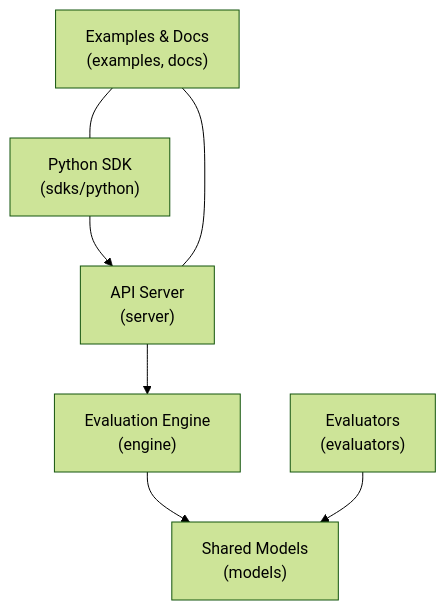
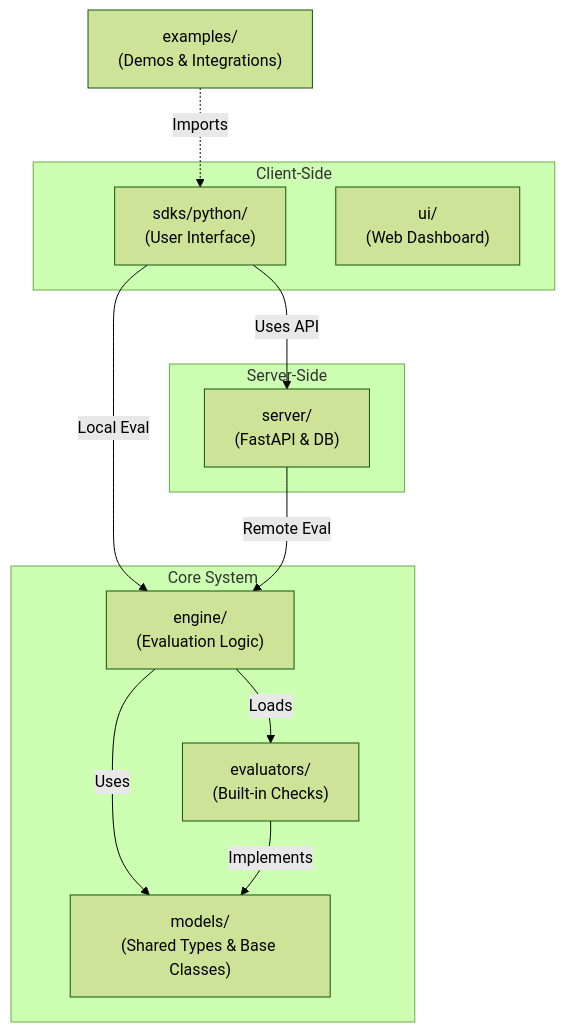
One commit to agentcontrol/agent-control changed the diagram in CONTRIBUTING.md. Above: the diagram before and after it, drawn with Mermaid (forest theme). The commit also changed other lines of this file, not shown here.

````diff
--- a/CONTRIBUTING.md
+++ b/CONTRIBUTING.md
@@ -446,16 +508,29 @@
 ```mermaid
-flowchart TB
-    SDK["Python SDK<br/>(sdks/python)"]
-    Server["API Server<br/>(server)"]
-    Engine["Evaluation Engine<br/>(engine)"]
-    Models["Shared Models<br/>(models)"]
-    Evaluators["Evaluators<br/>(evaluators)"]
-    Examples["Examples & Docs<br/>(examples, docs)"]
+graph TD
+    subgraph "Core System"
+        Models["models/<br>(Shared Types & Base Classes)"]
+        Engine["engine/<br>(Evaluation Logic)"]
+        Evaluators["evaluators/<br>(Built-in Checks)"]
+    end
 
-    SDK --> Server
-    Server --> Engine
-    Engine --> Models
-    Evaluators --> Models
-    Examples --- SDK
-    Examples --- Server
+    subgraph "Server-Side"
+        Server["server/<br>(FastAPI & DB)"]
+    end
+
+    subgraph "Client-Side"
+        SDK["sdks/python/<br>(User Interface)"]
+        UI["ui/<br>(Web Dashboard)"]
+    end
+
+    %% Dependencies
+    SDK -->|"Uses API"| Server
+    SDK -->|"Local Eval"| Engine
+    Server -->|"Remote Eval"| Engine
+    
+    Engine -->|"Uses"| Models
+    Evaluators -->|"Implements"| Models
+    Engine -->|"Loads"| Evaluators
+    
+    %% Examples
+    Examples["examples/<br>(Demos & Integrations)"] -.->|"Imports"| SDK
 ```
````
